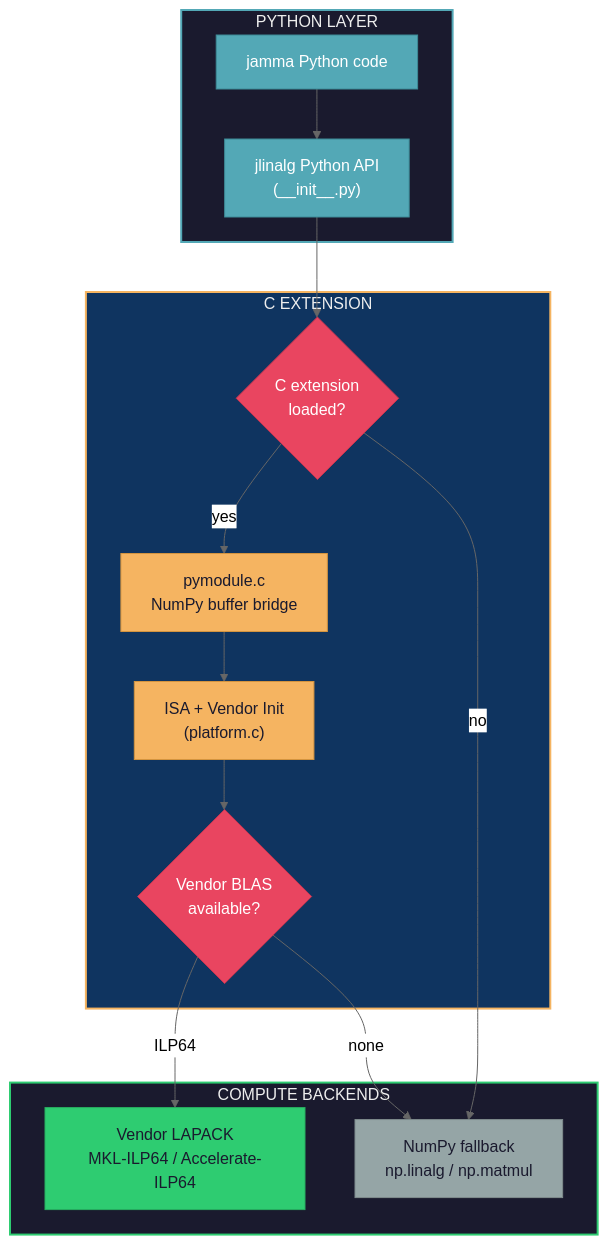
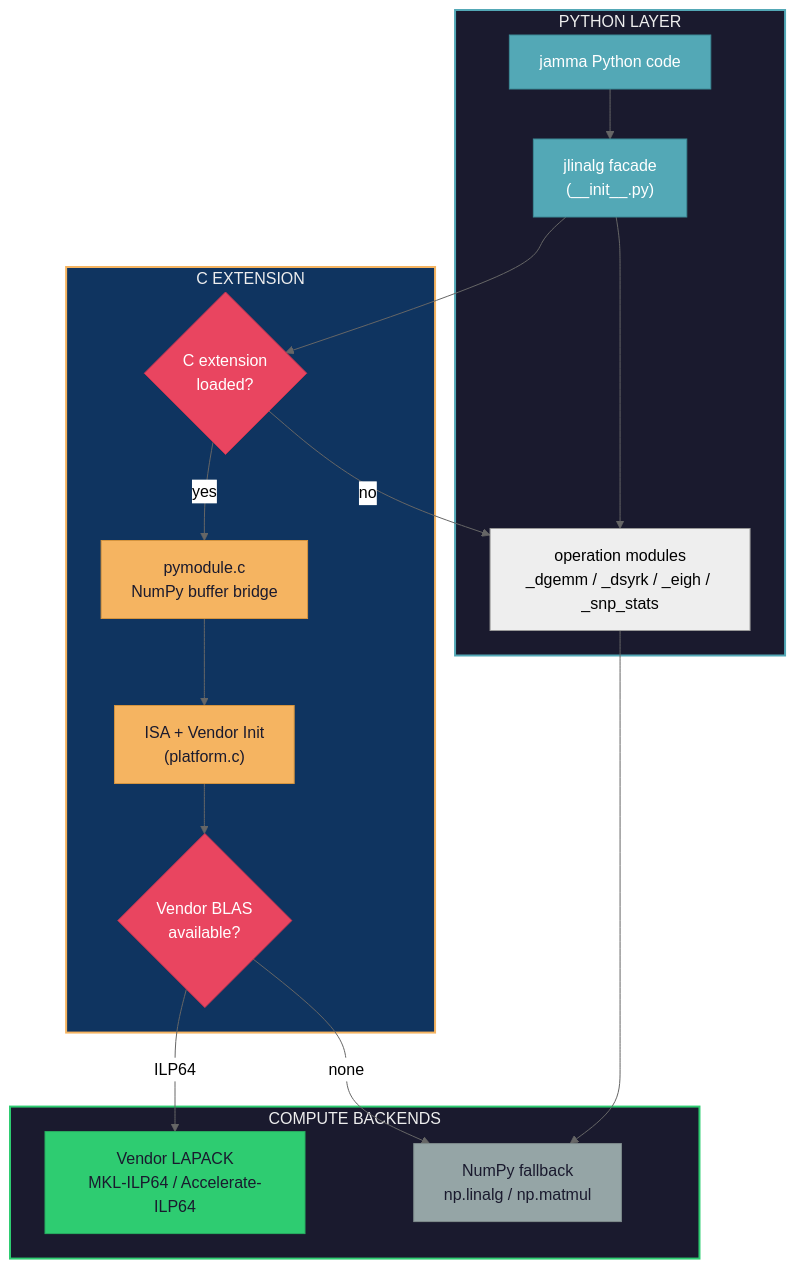
Before and after one commit to michael-denyer/jamma: the first of 2 diagrams in docs/JLINALG_ARCHITECTURE.md, drawn with Mermaid (neutral theme). The commit also changed other lines of this file and 78 other files, not shown here.

````diff
--- a/docs/JLINALG_ARCHITECTURE.md
+++ b/docs/JLINALG_ARCHITECTURE.md
@@ -13,40 +13,43 @@
 ```mermaid
 graph TD
     subgraph PYTHON["PYTHON LAYER"]
         A["jamma Python code"]
-        B["jlinalg Python API<br/>(__init__.py)"]
+        B["jlinalg facade<br/>(__init__.py)"]
+        OPS["operation modules<br/>_dgemm / _dsyrk / _eigh / _snp_stats"]
         A --> B
+        B --> OPS
     end
 
     subgraph BRIDGE["C EXTENSION"]
         C{"C extension<br/>loaded?"}
         D["pymodule.c<br/>NumPy buffer bridge"]
         F["ISA + Vendor Init<br/>(platform.c)"]
         G{"Vendor BLAS<br/>available?"}
         D --> F --> G
     end
 
     subgraph BACKENDS["COMPUTE BACKENDS"]
         H["Vendor LAPACK<br/>MKL-ILP64 / Accelerate-ILP64"]
         E["NumPy fallback<br/>np.linalg / np.matmul"]
     end
 
     B --> C
     C -->|yes| D
-    C -->|no| E
+    C -->|no| OPS
+    OPS --> E
     G -->|ILP64| H
     G -->|none| E
 
     style PYTHON fill:#1a1a2e,stroke:#53a8b6,color:#eee,stroke-width:2px
     style BRIDGE fill:#0f3460,stroke:#f5b461,color:#eee,stroke-width:2px
     style BACKENDS fill:#1a1a2e,stroke:#2ecc71,color:#eee,stroke-width:2px
 
     style A fill:#53a8b6,stroke:#3d8a96,color:#fff
     style B fill:#53a8b6,stroke:#3d8a96,color:#fff
     style C fill:#e94560,stroke:#c73550,color:#fff
     style D fill:#f5b461,stroke:#d4943f,color:#1a1a2e
     style F fill:#f5b461,stroke:#d4943f,color:#1a1a2e
     style G fill:#e94560,stroke:#c73550,color:#fff
     style H fill:#2ecc71,stroke:#27ae60,color:#1a1a2e
     style E fill:#95a5a6,stroke:#7f8c8d,color:#1a1a2e
 ```
````
